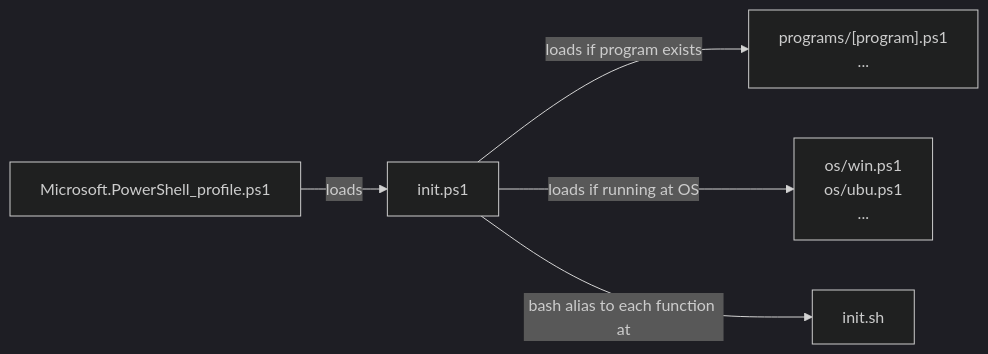
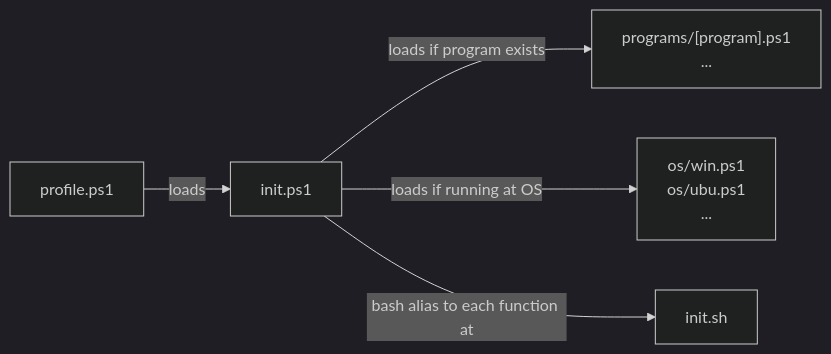
The second of 2 diagrams in README.md (alanlivio/ps-sh-helpers), drawn with Mermaid before and after one commit. The commit also changed other lines of this file, not shown here.

````diff
--- a/README.md
+++ b/README.md
@@ -29,21 +29,21 @@
 ```mermaid
 %%{init: {'theme':'dark'}}%%
 flowchart LR
-    psprofile["Microsoft.PowerShell_profile.ps1"]
+    psprofile["profile.ps1"]
     ps-init["init.ps1"]
     sh-init["init.sh"]
     program-dependent["
         programs/[program].ps1
         ...
     "]
     OS-dependent["
         os/win.ps1
         os/ubu.ps1
         ...
     "]
 
     psprofile--> |"loads"| ps-init
     ps-init --> |"loads if program exists"| program-dependent
     ps-init --> |"loads if running at OS"| OS-dependent
     ps-init --> |"bash alias to each function at"| sh-init
 ```
````
